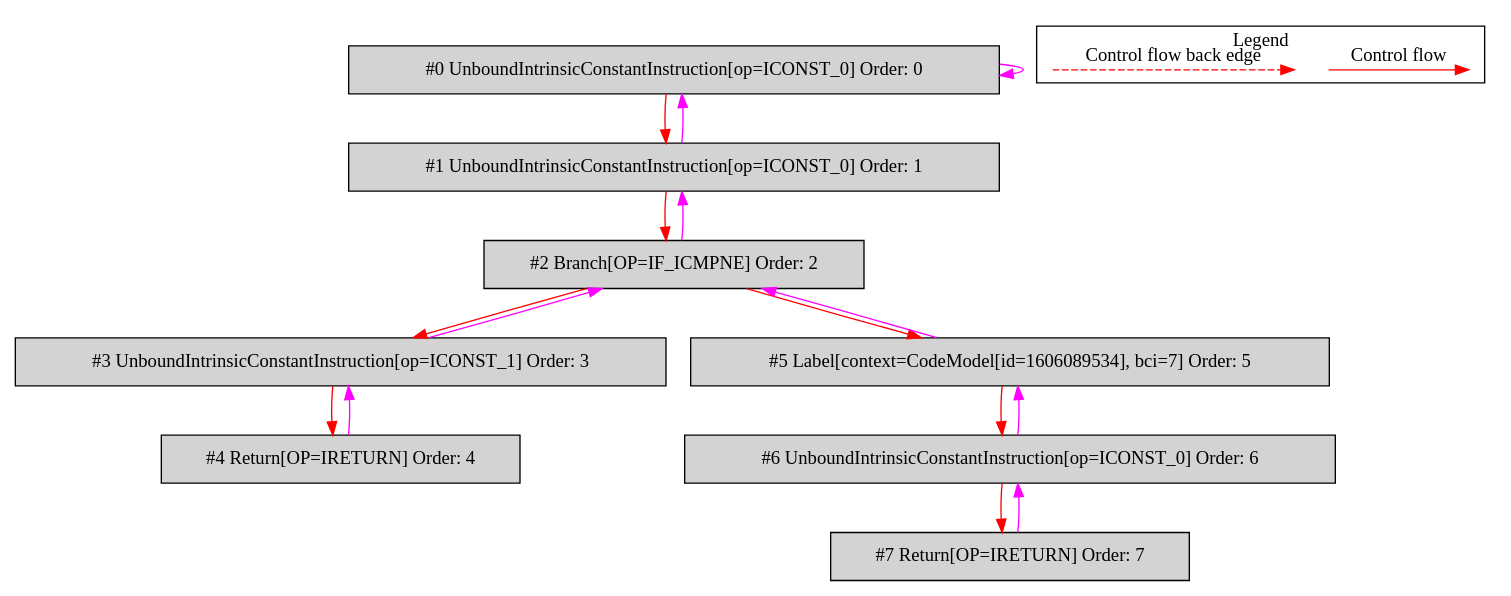
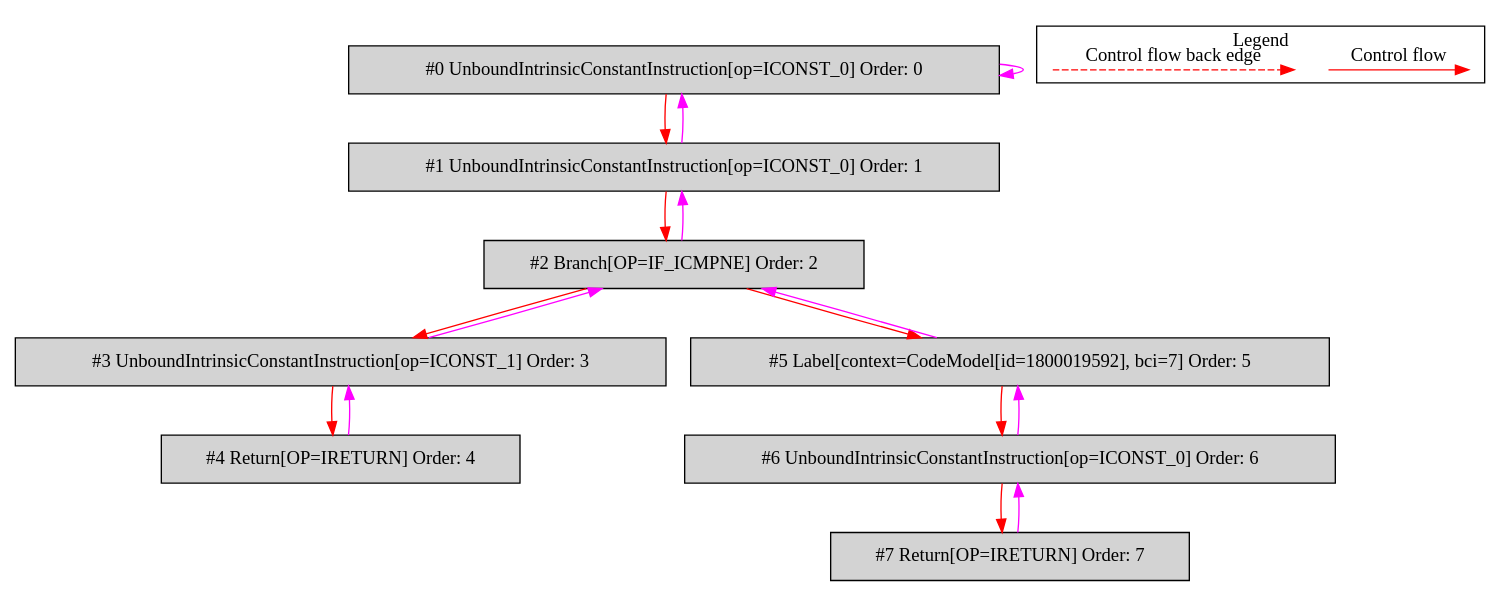
The diagram in de.mirkosertic.metair.ir.OpcodeIFICMPNETest/test_IF_ICMPNE/bytecodecfg.dot (mirkosertic/MetaIR), drawn with Graphviz before and after one commit. The commit also changed 1204 other files, not shown here.

```diff
--- a/de.mirkosertic.metair.ir.OpcodeIFICMPNETest/test_IF_ICMPNE/bytecodecfg.dot
+++ b/de.mirkosertic.metair.ir.OpcodeIFICMPNETest/test_IF_ICMPNE/bytecodecfg.dot
@@ -1,40 +1,40 @@
 digraph {
  ordering="in";
  node0[label="#0 UnboundIntrinsicConstantInstruction[op=ICONST_0] Order: 0", shape=box, fillcolor=lightgrey, style=filled];
  node1[label="#1 UnboundIntrinsicConstantInstruction[op=ICONST_0] Order: 1", shape=box, fillcolor=lightgrey, style=filled];
  node2[label="#2 Branch[OP=IF_ICMPNE] Order: 2", shape=box, fillcolor=lightgrey, style=filled];
  node3[label="#3 UnboundIntrinsicConstantInstruction[op=ICONST_1] Order: 3", shape=box, fillcolor=lightgrey, style=filled];
  node4[label="#4 Return[OP=IRETURN] Order: 4", shape=box, fillcolor=lightgrey, style=filled];
- node5[label="#5 Label[context=CodeModel[id=1606089534], bci=7] Order: 5", shape=box, fillcolor=lightgrey, style=filled];
+ node5[label="#5 Label[context=CodeModel[id=1800019592], bci=7] Order: 5", shape=box, fillcolor=lightgrey, style=filled];
  node6[label="#6 UnboundIntrinsicConstantInstruction[op=ICONST_0] Order: 6", shape=box, fillcolor=lightgrey, style=filled];
  node7[label="#7 Return[OP=IRETURN] Order: 7", shape=box, fillcolor=lightgrey, style=filled];
  node0 -> node0[color=fuchsia];
  node0 -> node1[color=red];
  node1 -> node0[color=fuchsia];
  node1 -> node2[color=red];
  node2 -> node1[color=fuchsia];
  node2 -> node3[color=red];
  node3 -> node2[color=fuchsia];
  node3 -> node4[color=red];
  node4 -> node3[color=fuchsia];
  node2 -> node5[color=red];
  node5 -> node2[color=fuchsia];
  node5 -> node6[color=red];
  node6 -> node5[color=fuchsia];
  node6 -> node7[color=red];
  node7 -> node6[color=fuchsia];
  subgraph cluster_000 {
   label = "Legend";
   node [shape=point]
   {
    rank=same;
    c0 [style = invis];
    c1 [style = invis];
    c2 [style = invis];
    c3 [style = invis];
   }
   c0 -> c1 [label="Control flow", style=solid, color=red]
   c2 -> c3 [label="Control flow back edge", style=dashed, color=red]
  }
 
 }
```
